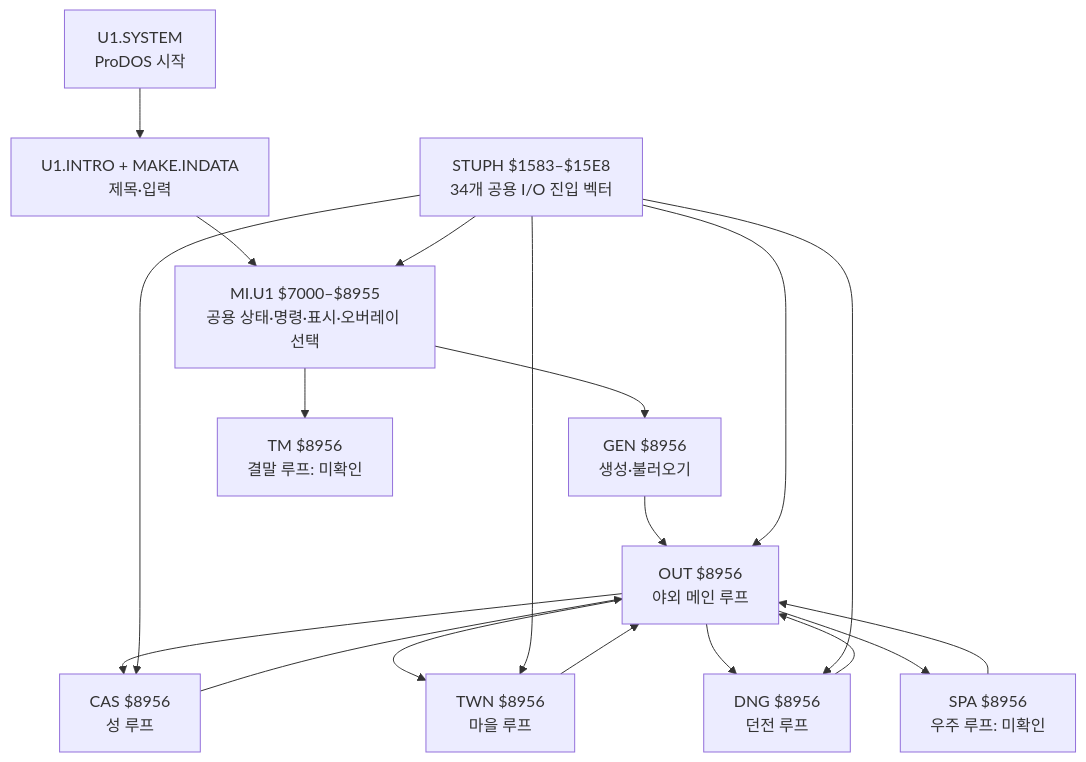
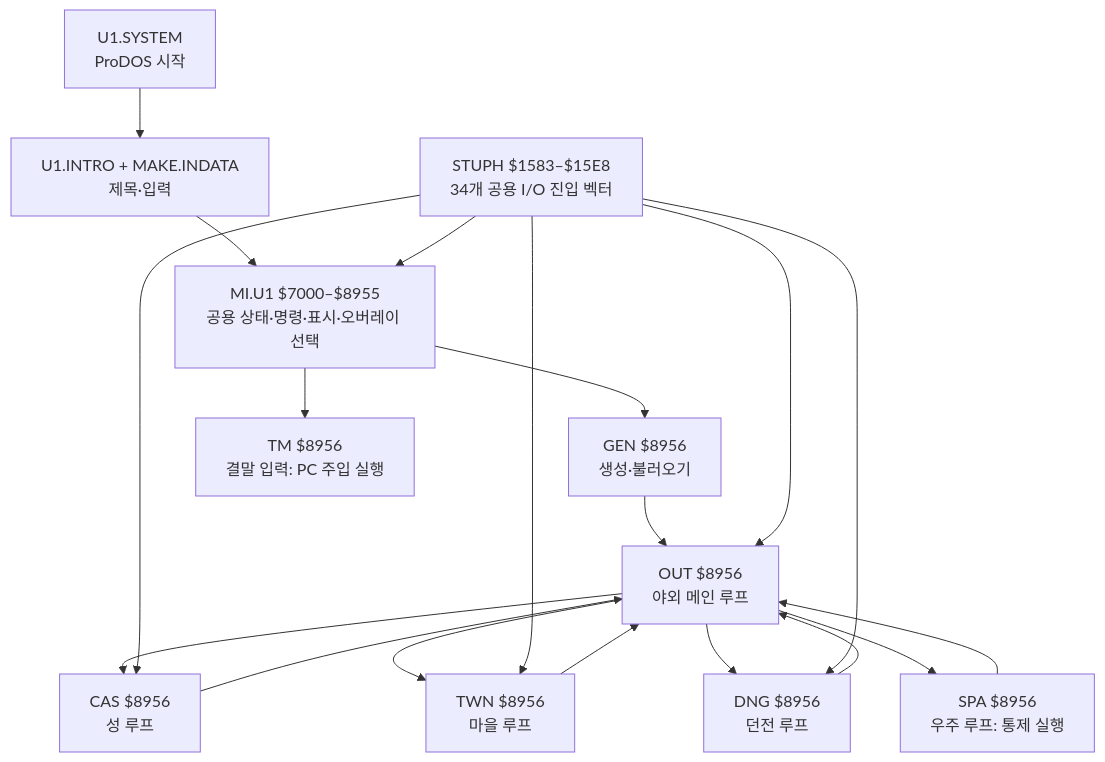
Before and after one commit to hongjuny/Ultima1_reveng: the diagram in docs/execution-architecture.md, drawn with Mermaid. The commit also changed other lines of this file and 8 other files, not shown here.

````diff
--- a/docs/execution-architecture.md
+++ b/docs/execution-architecture.md
@@ -5,21 +5,21 @@
 ```mermaid
 flowchart TD
     SYS["U1.SYSTEM<br/>ProDOS 시작"] --> INTRO["U1.INTRO + MAKE.INDATA<br/>제목·입력"]
     INTRO --> MI["MI.U1 $7000–$8955<br/>공용 상태·명령·표시·오버레이 선택"]
     MI --> GEN["GEN $8956<br/>생성·불러오기"]
     GEN --> OUT["OUT $8956<br/>야외 메인 루프"]
     OUT --> CAS["CAS $8956<br/>성 루프"]
     OUT --> TWN["TWN $8956<br/>마을 루프"]
     OUT --> DNG["DNG $8956<br/>던전 루프"]
-    OUT --> SPA["SPA $8956<br/>우주 루프: 미확인"]
-    MI --> TM["TM $8956<br/>결말 루프: 미확인"]
+    OUT --> SPA["SPA $8956<br/>우주 루프: 통제 실행"]
+    MI --> TM["TM $8956<br/>결말 입력: PC 주입 실행"]
     STUPH["STUPH $1583–$15E8<br/>34개 공용 I/O 진입 벡터"] --> MI
     STUPH --> OUT
     STUPH --> CAS
     STUPH --> TWN
     STUPH --> DNG
     CAS --> OUT
     TWN --> OUT
     DNG --> OUT
     SPA --> OUT
 ```
````
